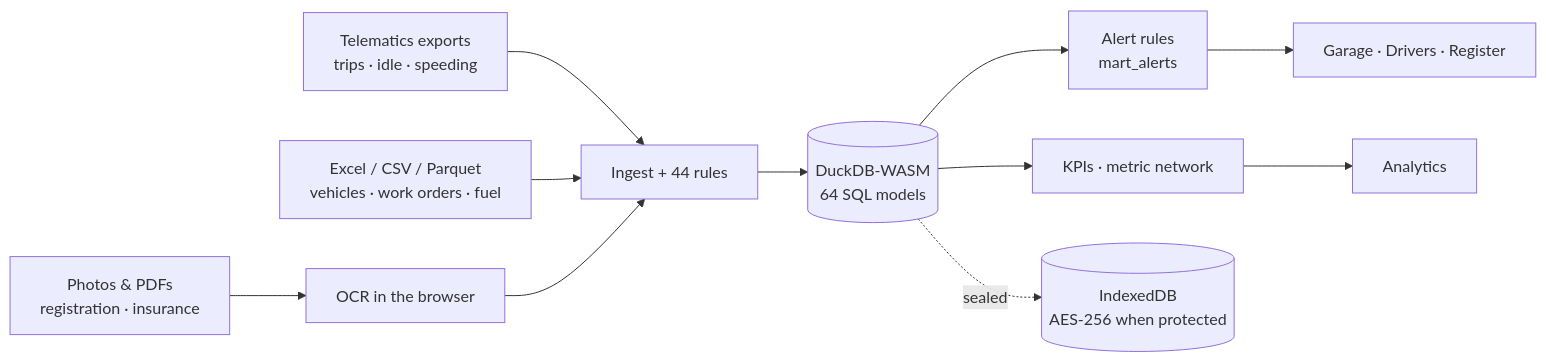
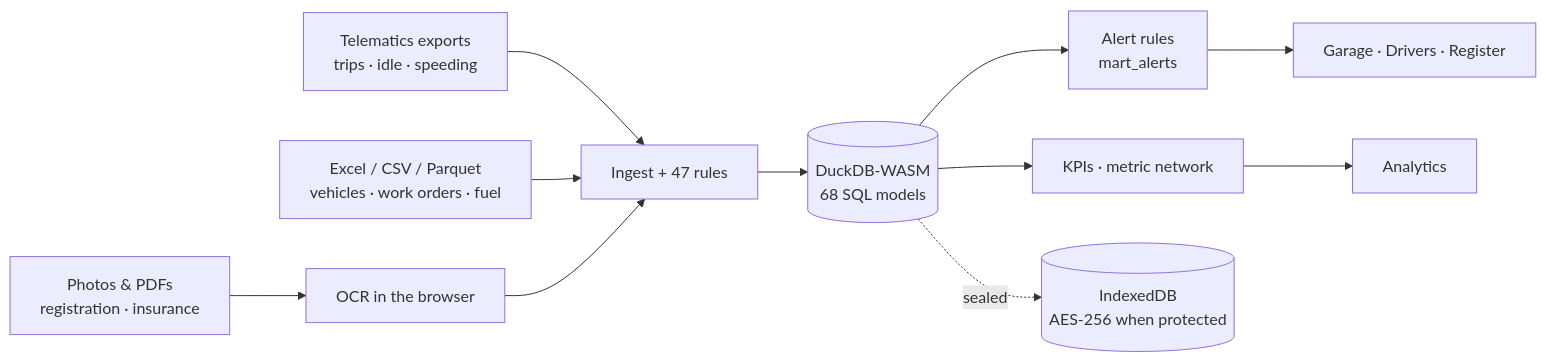
One commit to Pemalahmad/FleetOps-KPI-Dashboard changed the first of 2 diagrams in README.md. Above: the diagram before and after it, drawn with Mermaid. The commit also changed other lines of this file and 35 other files, not shown here.

````diff
--- a/README.md
+++ b/README.md
@@ -114,10 +135,10 @@
 ```mermaid
 flowchart LR
     T["Telematics exports<br/>trips · idle · speeding"] --> I
     X["Excel / CSV / Parquet<br/>vehicles · work orders · fuel"] --> I
     P["Photos & PDFs<br/>registration · insurance"] --> O["OCR in the browser"] --> I
-    I["Ingest + 44 rules"] --> D[("DuckDB-WASM<br/>64 SQL models")]
+    I["Ingest + 47 rules"] --> D[("DuckDB-WASM<br/>68 SQL models")]
     D --> R["Alert rules<br/>mart_alerts"] --> G["Garage · Drivers · Register"]
     D --> K["KPIs · metric network"] --> A["Analytics"]
     D -. sealed .-> V[("IndexedDB<br/>AES-256 when protected")]
 ```
````
